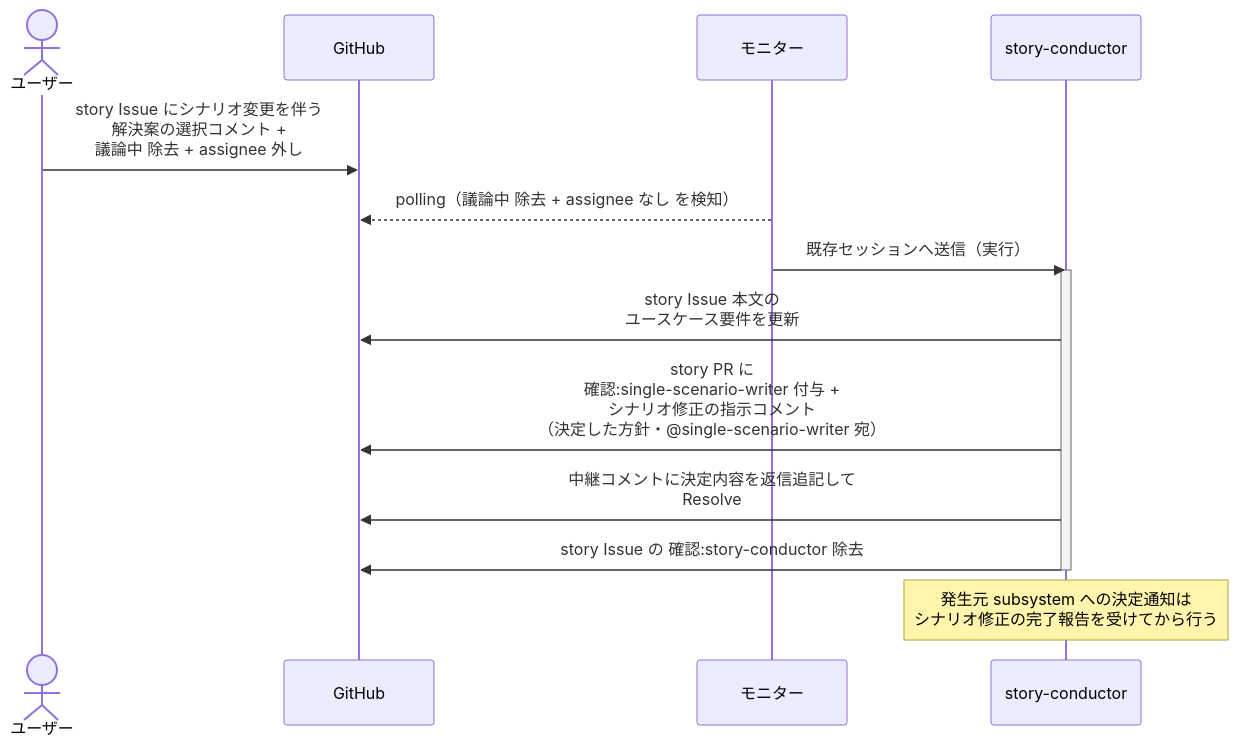
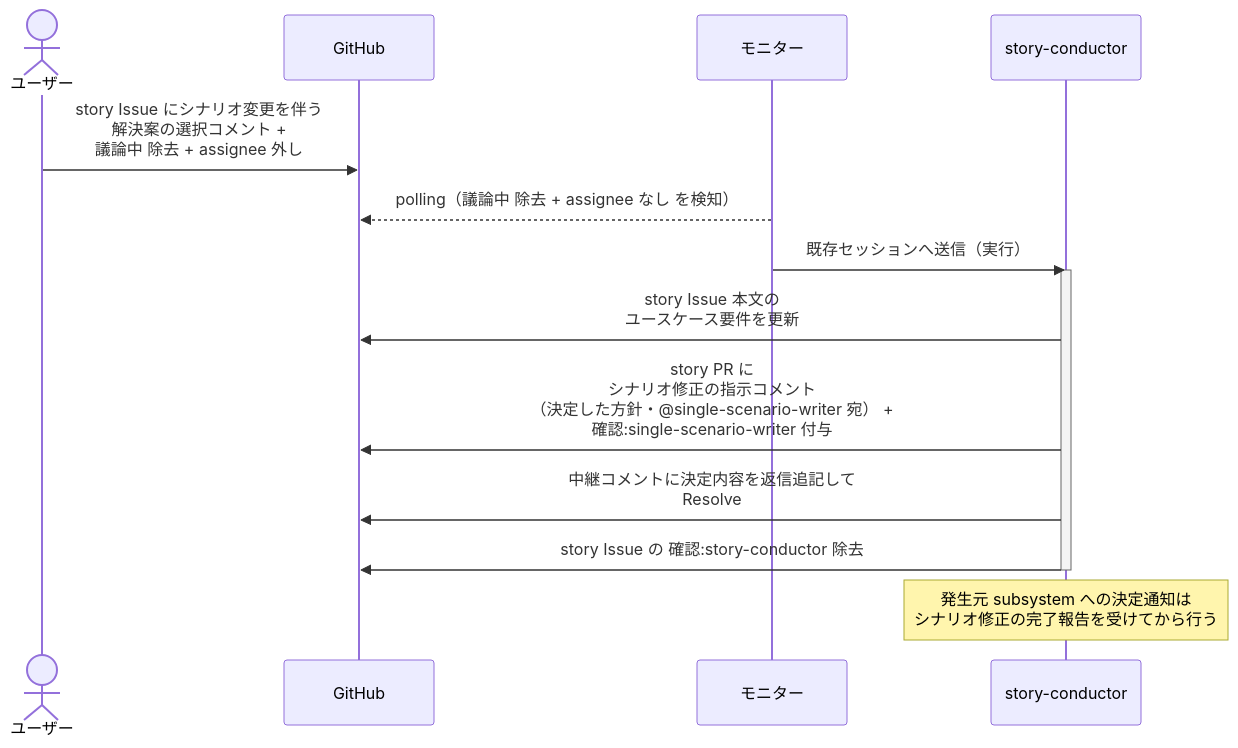
The fourth of 6 diagrams in docs/wiki/設計図/シナリオ/単一ユースケース/エスカレーション対応.md (shuhei1101/ai-monitor), drawn with Mermaid before and after one commit. The commit also changed other lines of this file and 29 other files, not shown here.

````diff
--- a/docs/wiki/設計図/シナリオ/単一ユースケース/エスカレーション対応.md
+++ b/docs/wiki/設計図/シナリオ/単一ユースケース/エスカレーション対応.md
@@ -139,18 +139,18 @@
 ```mermaid
 sequenceDiagram
   actor U as ユーザー
   participant GH as GitHub
   participant ORC as モニター
   participant MON as story-conductor
 
   U->>GH: story Issue にシナリオ変更を伴う<br>解決案の選択コメント +<br>議論中 除去 + assignee 外し
   ORC-->>GH: polling（議論中 除去 + assignee なし を検知）
   ORC->>MON: 既存セッションへ送信（実行）
   activate MON
   MON->>GH: story Issue 本文の<br>ユースケース要件を更新
-  MON->>GH: story PR に<br>確認:single-scenario-writer 付与 +<br>シナリオ修正の指示コメント<br>（決定した方針・@single-scenario-writer 宛）
+  MON->>GH: story PR に<br>シナリオ修正の指示コメント<br>（決定した方針・@single-scenario-writer 宛） +<br>確認:single-scenario-writer 付与
   MON->>GH: 中継コメントに決定内容を返信追記して<br>Resolve
   MON->>GH: story Issue の 確認:story-conductor 除去
   deactivate MON
   Note over MON: 発生元 subsystem への決定通知は<br>シナリオ修正の完了報告を受けてから行う
 ```
````
